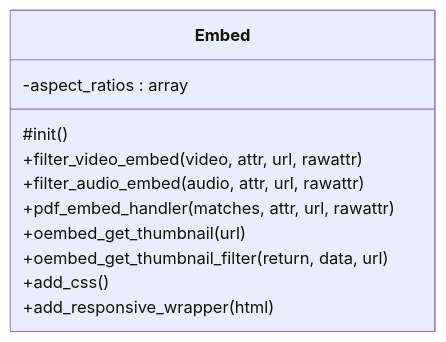
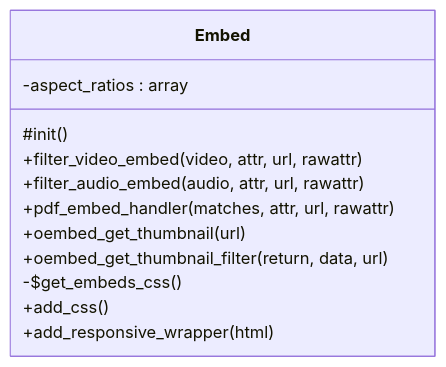
The diagram in docs/phpdoc/classes/Tainacan/Embed.md (tainacan/tainacan), drawn with Mermaid before and after one commit. The commit also changed other lines of this file and 193 other files, not shown here.

````diff
--- a/docs/phpdoc/classes/Tainacan/Embed.md
+++ b/docs/phpdoc/classes/Tainacan/Embed.md
@@ -15,15 +15,16 @@
 ```mermaid
 classDiagram
     direction TB
     class Embed {
         -aspect_ratios : array
         #init()
         +filter_video_embed(video, attr, url, rawattr)
         +filter_audio_embed(audio, attr, url, rawattr)
         +pdf_embed_handler(matches, attr, url, rawattr)
         +oembed_get_thumbnail(url)
         +oembed_get_thumbnail_filter(return, data, url)
+        -$get_embeds_css()
         +add_css()
         +add_responsive_wrapper(html)
     }
 ```
````
